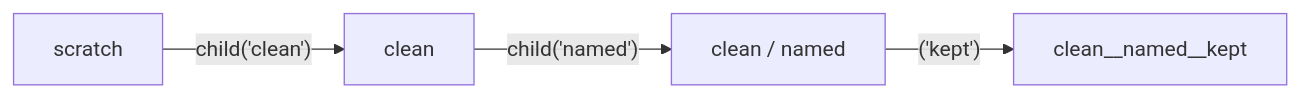
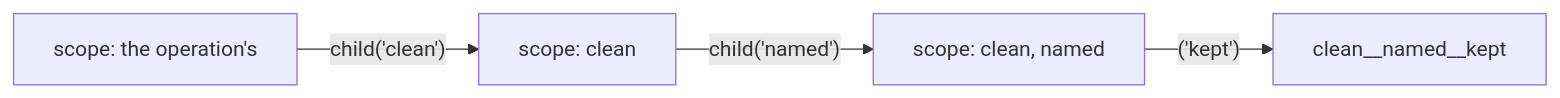
The third of 4 diagrams in docs/user_guide/scratch.md (kartverket/automatisk-generalisering), drawn with Mermaid before and after one commit. The commit also changed other lines of this file and 3 other files, not shown here.

Commit message:
Scratch guide: scope nodes named as scopes and break-once

````diff
--- a/docs/user_guide/scratch.md
+++ b/docs/user_guide/scratch.md
@@ -731,6 +747,6 @@
 ```mermaid
 flowchart LR
-    scope["scratch"] -->|"child('clean')"| clean["clean"]
-    clean -->|"child('named')"| named["clean / named"]
+    scope["scope: the operation's"] -->|"child('clean')"| clean["scope: clean"]
+    clean -->|"child('named')"| named["scope: clean, named"]
     named -->|"('kept')"| kept["clean__named__kept"]
 ```
````
